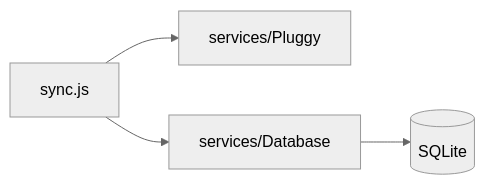
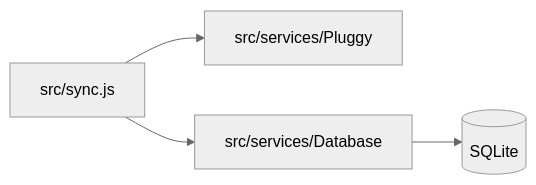
The diagram in README.md (leaofelipe/open-finance-sync), drawn with Mermaid (neutral theme) before and after one commit. The commit also changed 14 other files, not shown here.

First line of the commit message:
refactor: move services and sync entry under src/

````diff
--- a/README.md
+++ b/README.md
@@ -17,10 +17,10 @@
 ```mermaid
 graph LR
-  sync["sync.js"]
-  pluggy["services/Pluggy"]
-  dbsvc["services/Database"]
+  sync["src/sync.js"]
+  pluggy["src/services/Pluggy"]
+  dbsvc["src/services/Database"]
   db[(SQLite)]
   sync --> pluggy
   sync --> dbsvc
   dbsvc --> db
 ```
````
